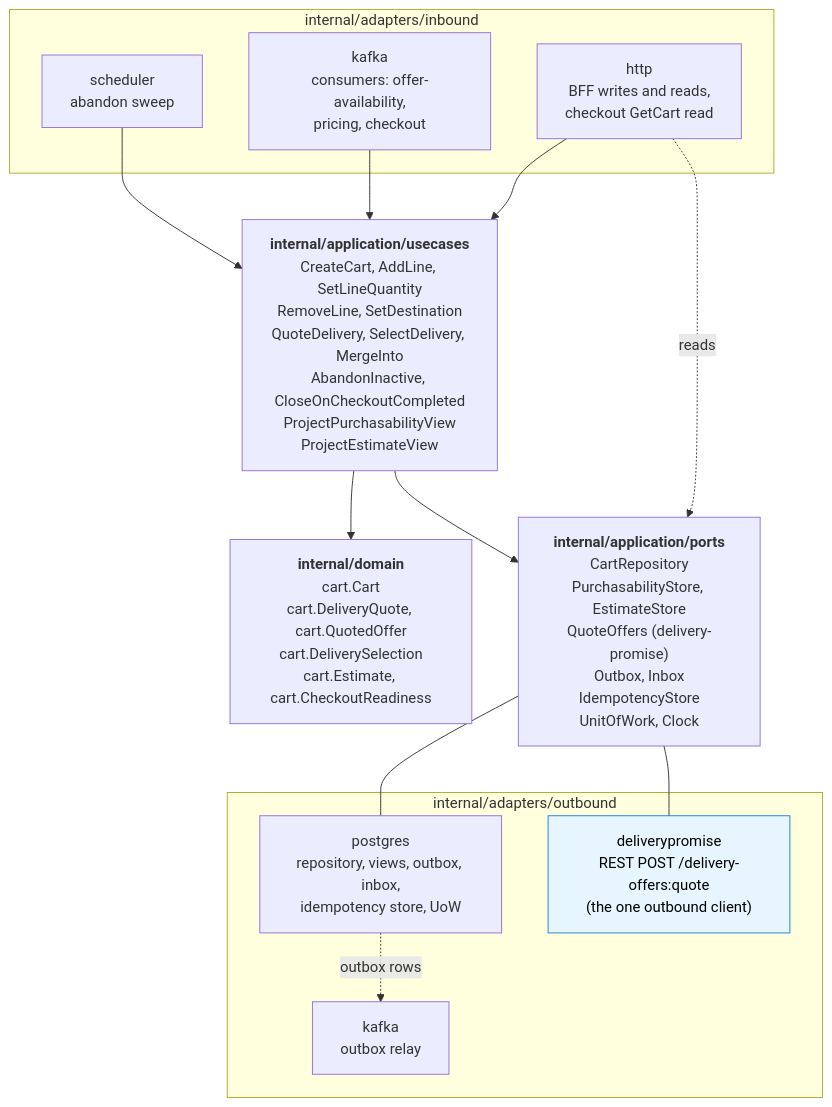
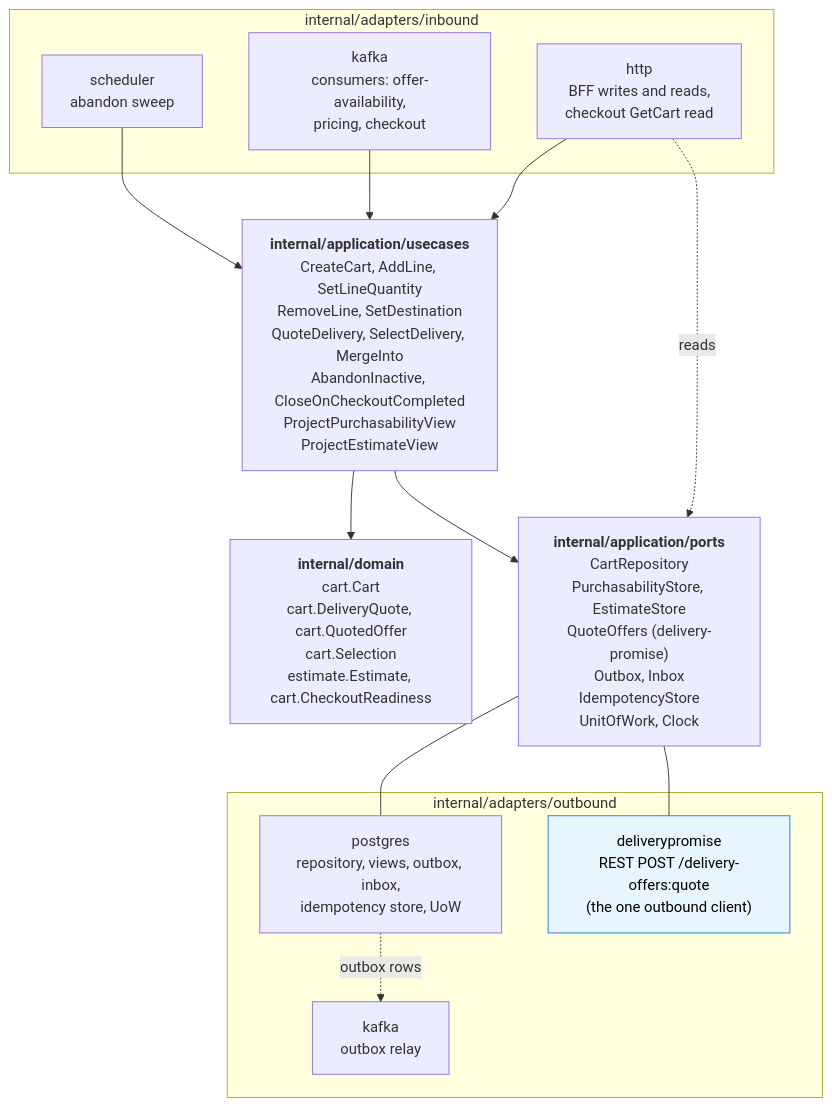
Before and after one commit to IQVO/warehouse-docs: the fourth of 4 diagrams in storefront/docs/contexts/shopping-cart/class-diagram.md, drawn with Mermaid. The commit also changed other lines of this file and 83 other files, not shown here.

````diff
--- a/storefront/docs/contexts/shopping-cart/class-diagram.md
+++ b/storefront/docs/contexts/shopping-cart/class-diagram.md
@@ -215,28 +215,28 @@
 ```mermaid
 flowchart TB
     subgraph IN["internal/adapters/inbound"]
         HTTP["http<br/>BFF writes and reads,<br/>checkout GetCart read"]
         KC["kafka<br/>consumers: offer-availability,<br/>pricing, checkout"]
         SCH["scheduler<br/>abandon sweep"]
     end
     APP["<b>internal/application/usecases</b><br/>CreateCart, AddLine, SetLineQuantity<br/>RemoveLine, SetDestination<br/>QuoteDelivery, SelectDelivery, MergeInto<br/>AbandonInactive, CloseOnCheckoutCompleted<br/>ProjectPurchasabilityView<br/>ProjectEstimateView"]
-    DOM["<b>internal/domain</b><br/>cart.Cart<br/>cart.DeliveryQuote, cart.QuotedOffer<br/>cart.DeliverySelection<br/>cart.Estimate, cart.CheckoutReadiness"]
+    DOM["<b>internal/domain</b><br/>cart.Cart<br/>cart.DeliveryQuote, cart.QuotedOffer<br/>cart.Selection<br/>estimate.Estimate, cart.CheckoutReadiness"]
     PORTS["<b>internal/application/ports</b><br/>CartRepository<br/>PurchasabilityStore, EstimateStore<br/>QuoteOffers (delivery-promise)<br/>Outbox, Inbox<br/>IdempotencyStore<br/>UnitOfWork, Clock"]
     subgraph OUT["internal/adapters/outbound"]
         A1["postgres<br/>repository, views, outbox, inbox,<br/>idempotency store, UoW"]
         A2["kafka<br/>outbox relay"]
         A3["deliverypromise<br/>REST POST /delivery-offers:quote<br/>(the one outbound client)"]
     end
     HTTP --> APP
     KC --> APP
     SCH --> APP
     HTTP -. reads .-> PORTS
     APP --> DOM
     APP --> PORTS
     PORTS --- A1
     PORTS --- A3
     A1 -. outbox rows .-> A2
 
     classDef outblue fill:#e7f5ff,stroke:#1c7ed6,color:#000
     class A3 outblue
 ```
````
